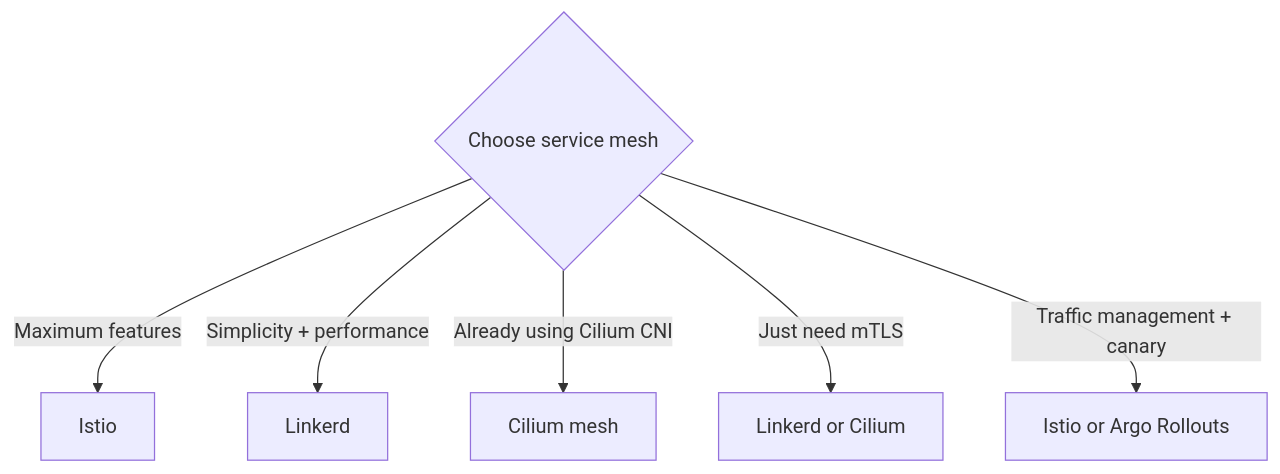
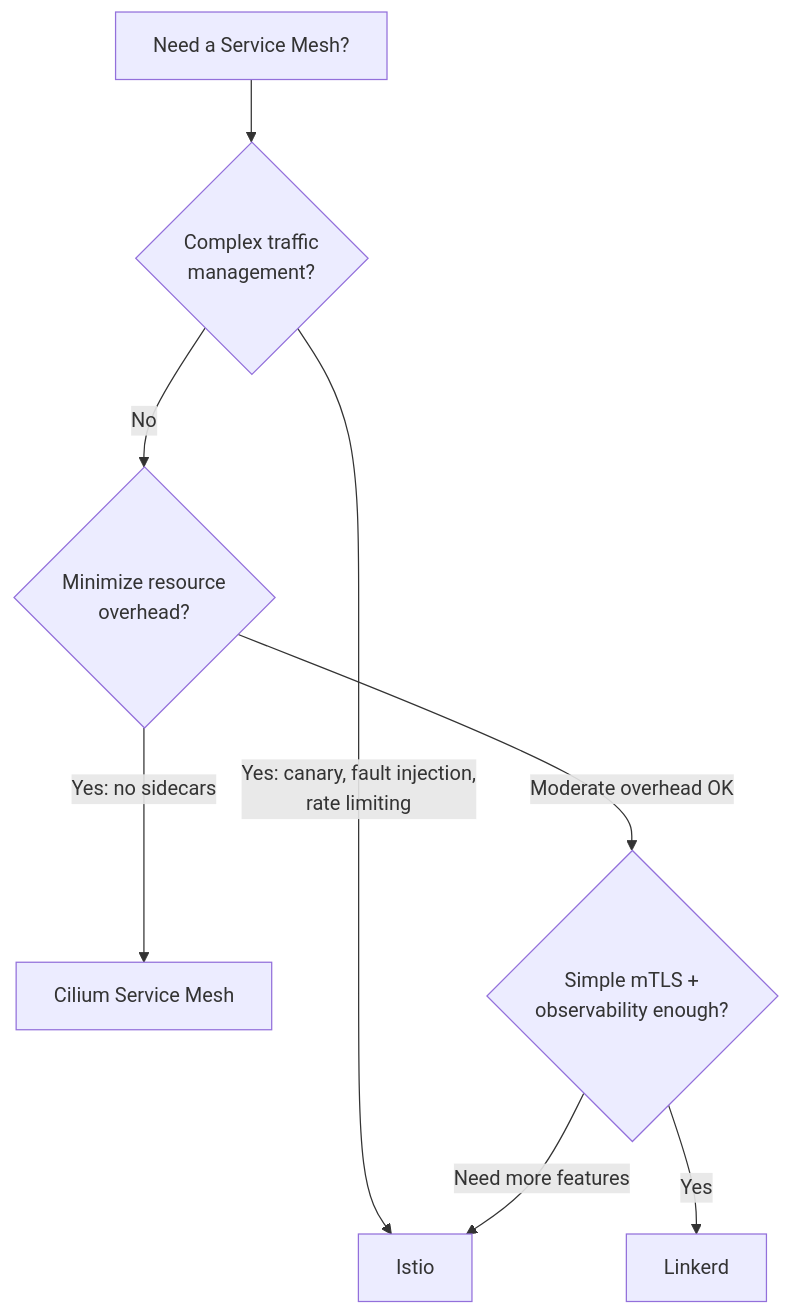
The diagram in src/content/recipes/kubernetes-service-mesh-comparison.md (greg4fun/kubernetesrecipes.github.io), drawn with Mermaid before and after one commit. The commit also changed other lines of this file and 22 other files, not shown here.

````diff
--- a/src/content/recipes/kubernetes-service-mesh-comparison.md
+++ b/src/content/recipes/kubernetes-service-mesh-comparison.md
@@ -64,8 +79,10 @@
 ```mermaid
 graph TD
-    A{Choose service mesh} -->|Maximum features| B[Istio]
-    A -->|Simplicity + performance| C[Linkerd]
-    A -->|Already using Cilium CNI| D[Cilium mesh]
-    A -->|Just need mTLS| E[Linkerd or Cilium]
-    A -->|Traffic management + canary| F[Istio or Argo Rollouts]
+    START[Need a Service Mesh?] --> Q1{Complex traffic<br/>management?}
+    Q1 -->|Yes: canary, fault injection,<br/>rate limiting| ISTIO[Istio]
+    Q1 -->|No| Q2{Minimize resource<br/>overhead?}
+    Q2 -->|Yes: no sidecars| CILIUM[Cilium Service Mesh]
+    Q2 -->|Moderate overhead OK| Q3{Simple mTLS +<br/>observability enough?}
+    Q3 -->|Yes| LINKERD[Linkerd]
+    Q3 -->|Need more features| ISTIO
 ```
````
